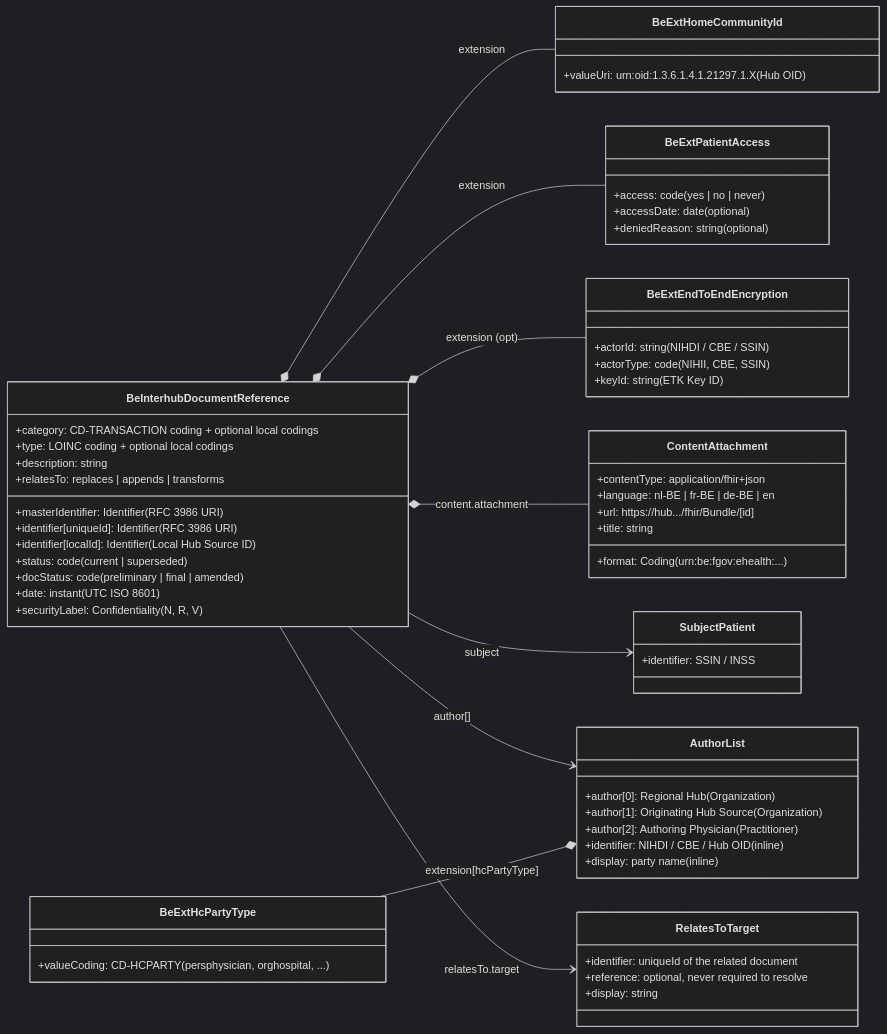
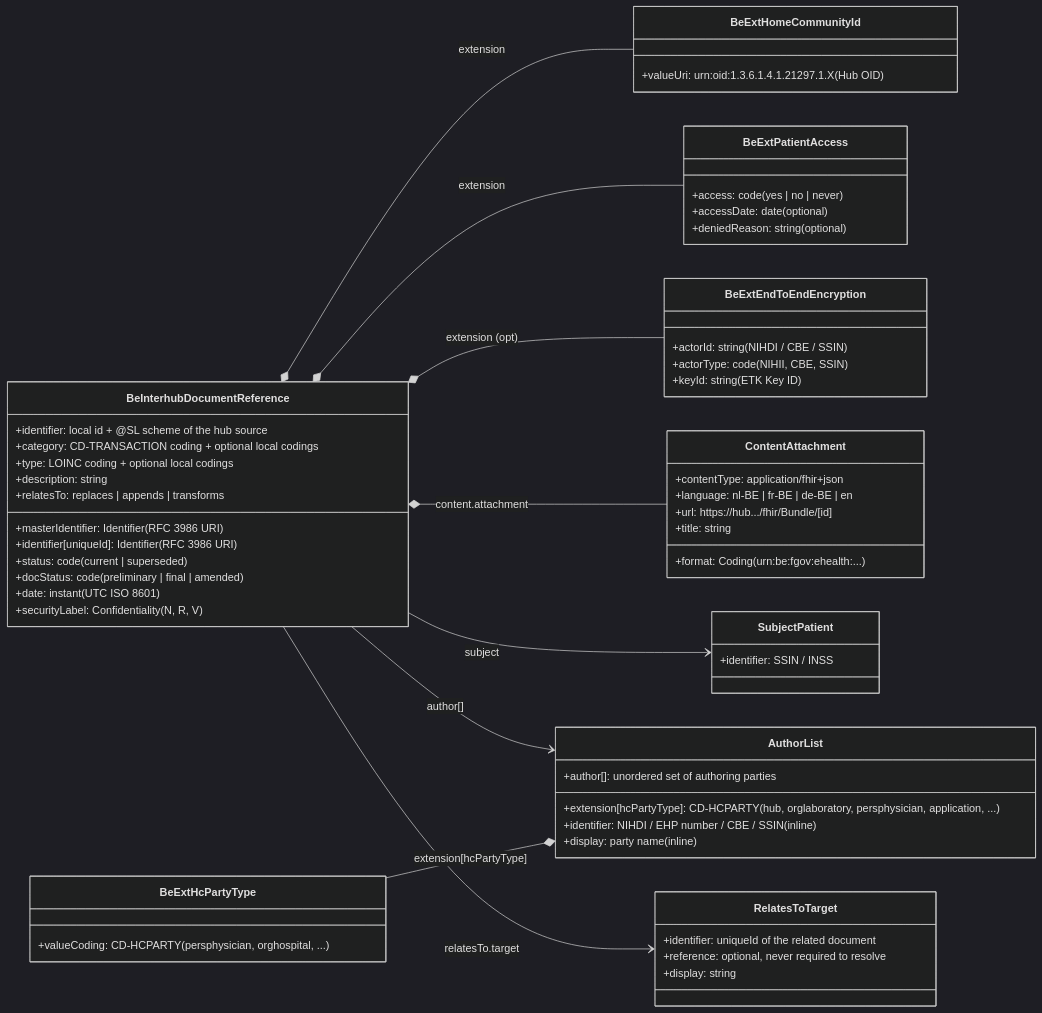
Before and after one commit to Erwin-Bellon/hubsharing: the diagram in input/pagecontent/envelope-and-metadata.md, drawn with Mermaid (dark theme). The commit also changed other lines of this file and 7 other files, not shown here.

````diff
--- a/input/pagecontent/envelope-and-metadata.md
+++ b/input/pagecontent/envelope-and-metadata.md
@@ -13,72 +13,71 @@
 ```mermaid
 classDiagram
     direction LR
     class BeInterhubDocumentReference {
         +masterIdentifier: Identifier (RFC 3986 URI)
         +identifier[uniqueId]: Identifier (RFC 3986 URI)
-        +identifier[localId]: Identifier (Local Hub Source ID)
+        +identifier: local id + @SL scheme of the hub source
         +status: code (current | superseded)
         +docStatus: code (preliminary | final | amended)
         +category: CD-TRANSACTION coding + optional local codings
         +type: LOINC coding + optional local codings
         +date: instant (UTC ISO 8601)
         +description: string
         +securityLabel: Confidentiality (N, R, V)
         +relatesTo: replaces | appends | transforms
     }
 
     class RelatesToTarget {
         +identifier: uniqueId of the related document
         +reference: optional, never required to resolve
         +display: string
     }
 
     class BeExtHcPartyType {
         +valueCoding: CD-HCPARTY (persphysician, orghospital, ...)
     }
 
     class BeExtHomeCommunityId {
         +valueUri: urn:oid:1.3.6.1.4.1.21297.1.X (Hub OID)
     }
 
     class BeExtPatientAccess {
         +access: code (yes | no | never)
         +accessDate: date (optional)
         +deniedReason: string (optional)
     }
 
     class BeExtEndToEndEncryption {
         +actorId: string (NIHDI / CBE / SSIN)
         +actorType: code (NIHII, CBE, SSIN)
         +keyId: string (ETK Key ID)
     }
 
     class ContentAttachment {
         +contentType: application/fhir+json
         +language: nl-BE | fr-BE | de-BE | en
         +url: https://hub.../fhir/Bundle/[id]
         +format: Coding (urn:be:fgov:ehealth:...)
         +title: string
     }
 
     class SubjectPatient {
         +identifier: SSIN / INSS
     }
 
     class AuthorList {
-        +author[0]: Regional Hub (Organization)
-        +author[1]: Originating Hub Source (Organization)
-        +author[2]: Authoring Physician (Practitioner)
-        +identifier: NIHDI / CBE / Hub OID (inline)
+        +author[]: unordered set of authoring parties
+        +extension[hcPartyType]: CD-HCPARTY (hub, orglaboratory, persphysician, application, ...)
+        +identifier: NIHDI / EHP number / CBE / SSIN (inline)
         +display: party name (inline)
     }
 
     BeInterhubDocumentReference *-- BeExtHomeCommunityId : extension
     BeInterhubDocumentReference *-- BeExtPatientAccess : extension
     BeInterhubDocumentReference *-- BeExtEndToEndEncryption : extension (opt)
     BeInterhubDocumentReference *-- ContentAttachment : content.attachment
     BeInterhubDocumentReference --> SubjectPatient : subject
     BeInterhubDocumentReference --> AuthorList : author[]
     BeInterhubDocumentReference --> RelatesToTarget : relatesTo.target
     BeExtHcPartyType --* AuthorList : extension[hcPartyType]
 ```
````
